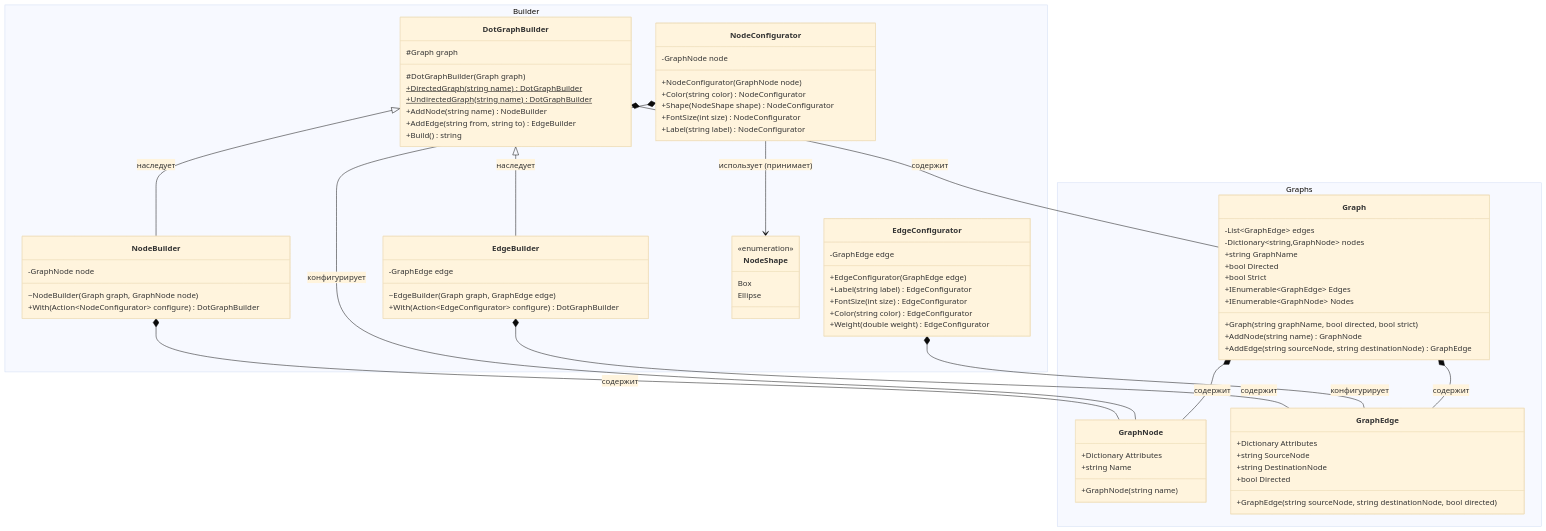
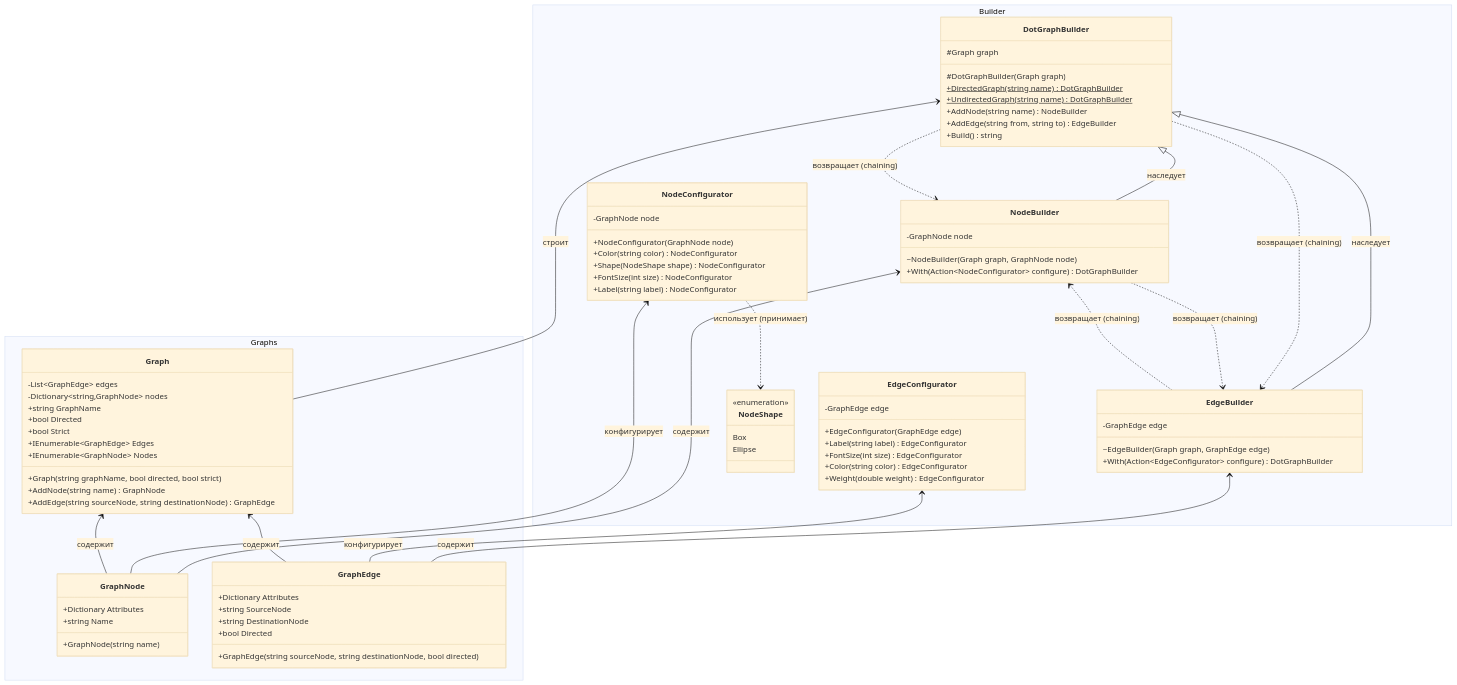
The diagram in graph_viz.md (mysterious-sequoia/ulearn), drawn with Mermaid (base theme) before and after one commit.

````diff
--- a/graph_viz.md
+++ b/graph_viz.md
@@ -79,12 +79,16 @@
 
     DotGraphBuilder <|-- NodeBuilder : наследует
     DotGraphBuilder <|-- EdgeBuilder : наследует
-    DotGraphBuilder *-- Graph : содержит
-    NodeBuilder *-- GraphNode : содержит
-    EdgeBuilder *-- GraphEdge : содержит
-    NodeConfigurator *-- GraphNode : конфигурирует
-    EdgeConfigurator *-- GraphEdge : конфигурирует
-    Graph *-- GraphNode : содержит
-    Graph *-- GraphEdge : содержит
-    NodeConfigurator --> NodeShape : использует (принимает)
+    DotGraphBuilder <-- Graph : строит
+    NodeBuilder <-- GraphNode : содержит
+    EdgeBuilder <-- GraphEdge : содержит
+    NodeConfigurator <-- GraphNode : конфигурирует
+    EdgeConfigurator <-- GraphEdge : конфигурирует
+    Graph <-- GraphNode : содержит
+    Graph <-- GraphEdge : содержит
+    NodeConfigurator ..> NodeShape : использует (принимает)
+    DotGraphBuilder ..> NodeBuilder : возвращает (chaining)
+    DotGraphBuilder ..> EdgeBuilder : возвращает (chaining)
+    EdgeBuilder ..> NodeBuilder : возвращает (chaining)
+    NodeBuilder ..> EdgeBuilder : возвращает (chaining)
 ```
````
